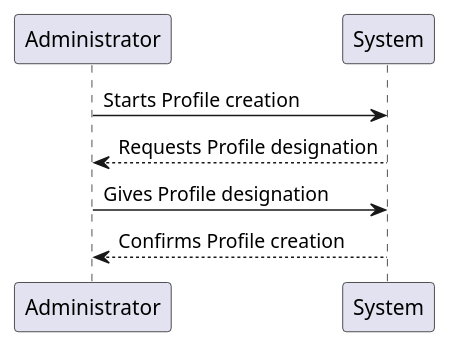
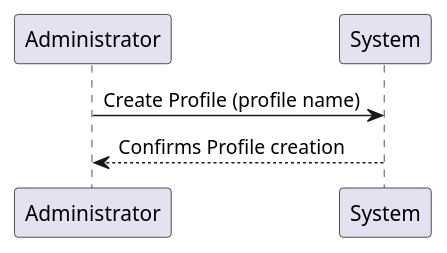
Before and after one commit to ivo-menezes/project_g3: the diagram in docs/modelling_design/user_stories/us001/US001_CreateProfileSSD.puml, drawn with PlantUML.

Commit message:
US001: Analysis: update Create Profile SSD

```diff
--- a/docs/modelling_design/user_stories/us001/US001_CreateProfileSSD.puml
+++ b/docs/modelling_design/user_stories/us001/US001_CreateProfileSSD.puml
@@ -1,8 +1,6 @@
 @startuml
-'https://plantuml.com/sequence-diagram
 
-Administrator -> System: Starts Profile creation
-Administrator <-- System: Requests Profile designation
-Administrator -> System: Gives Profile designation
+Administrator -> System: Create Profile (profile name)
 Administrator <-- System: Confirms Profile creation
+
 @enduml
```
